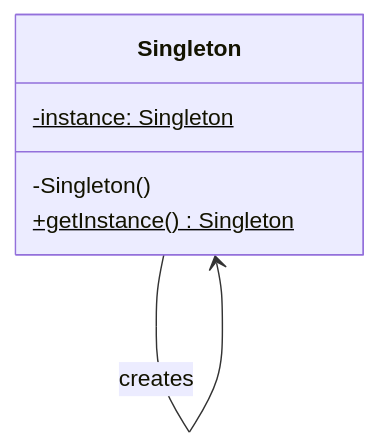
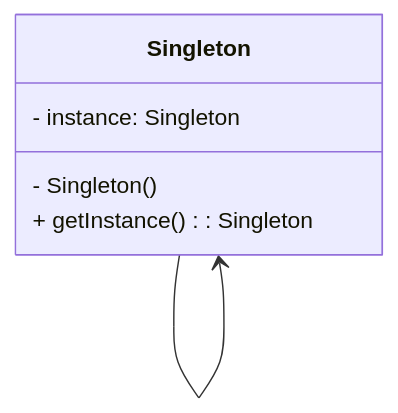
Before and after one commit to VrejHambardzumyan/DesignPatterns: the diagram in SingletonPattern.md, drawn with Mermaid.

Commit message:
SingletonPattern.md

````diff
--- a/SingletonPattern.md
+++ b/SingletonPattern.md
@@ -89,9 +89,10 @@
 ```mermaid
 classDiagram
     class Singleton {
-        -instance: Singleton$
-        -Singleton()
-        +getInstance() Singleton$
+        - instance: Singleton
+        - Singleton()
+        + getInstance() : Singleton
     }
-    Singleton --> Singleton : creates
+    Singleton --> Singleton
+
 ```
````
